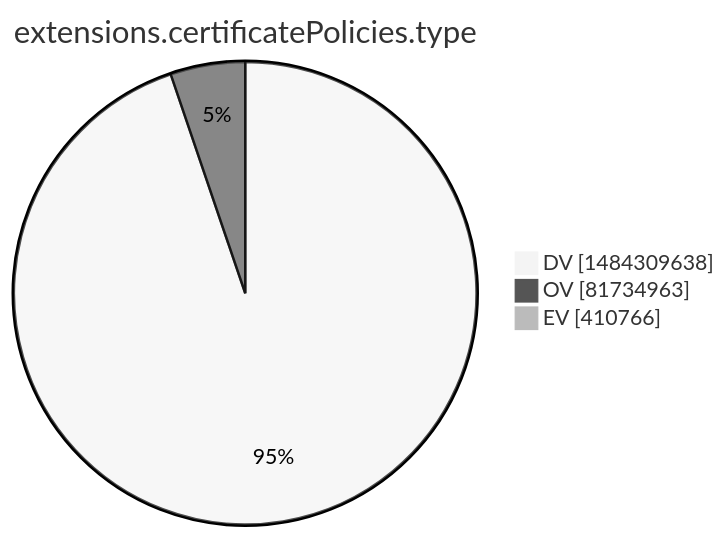
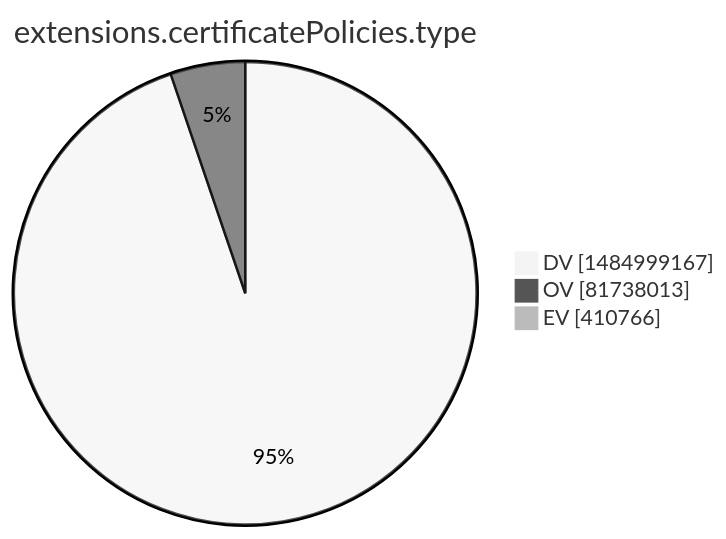
Before and after one commit to christiankrug/ctmonitor_visualization: the tenth of 15 diagrams in xenon2022/README.md, drawn with Mermaid (neutral theme). The commit also changed other lines of this file, not shown here.

````diff
--- a/xenon2022/README.md
+++ b/xenon2022/README.md
@@ -2873,7 +2873,7 @@
 ```mermaid
 pie showData
 title extensions.certificatePolicies.type
-"DV" :1484309638
-"OV" :81734963
+"DV" :1484999167
+"OV" :81738013
 "EV" :410766
 ```
````
